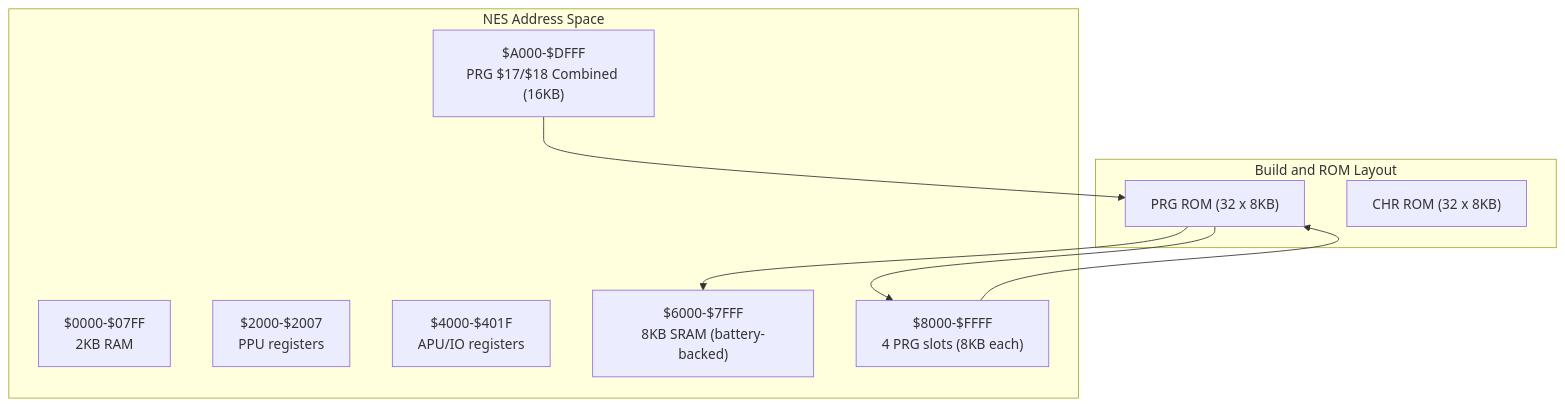
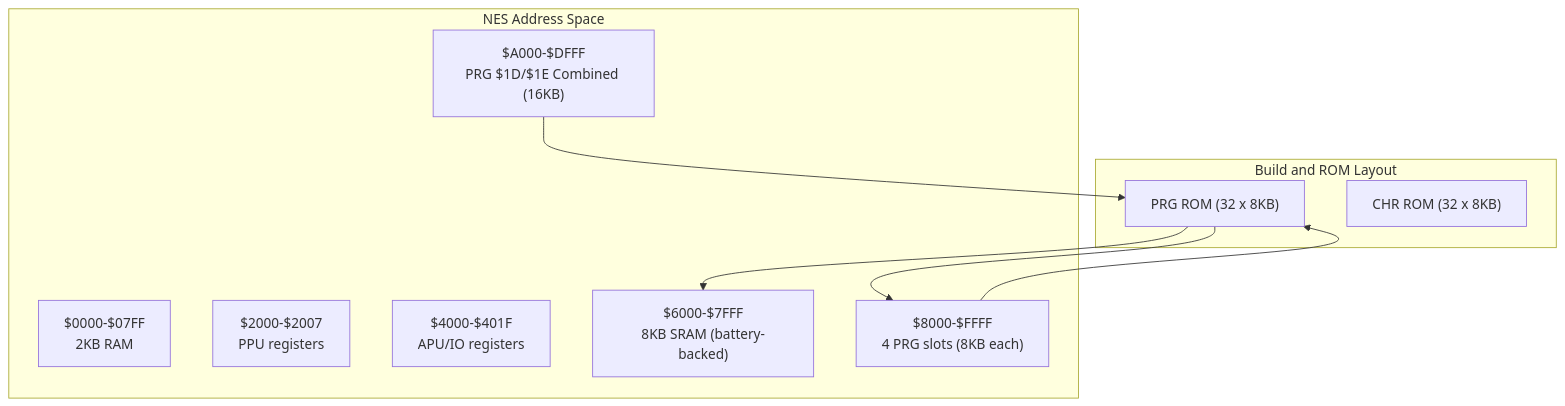
One commit to rabbyzero/sango2dasm changed the first of 7 diagrams in .qoder/repowiki/en/content/Data Access and Memory Management/Memory Organization and Addressing.md. Above: the diagram before and after it, drawn with Mermaid. The commit also changed other lines of this file and 15 other files, not shown here.

````diff
--- a/.qoder/repowiki/en/content/Data Access and Memory Management/Memory Organization and Addressing.md
+++ b/.qoder/repowiki/en/content/Data Access and Memory Management/Memory Organization and Addressing.md
@@ -55,19 +58,19 @@
 ```mermaid
 graph TB
 subgraph "Build and ROM Layout"
 PRG["PRG ROM (32 x 8KB)"]
 CHR["CHR ROM (32 x 8KB)"]
 end
 subgraph "NES Address Space"
 RAM["$0000-$07FF<br/>2KB RAM"]
 PPU_REGS["$2000-$2007<br/>PPU registers"]
 IO["$4000-$401F<br/>APU/IO registers"]
 SRAM["$6000-$7FFF<br/>8KB SRAM (battery-backed)"]
 PRG_SLOTS["$8000-$FFFF<br/>4 PRG slots (8KB each)"]
-BANK17_18["$A000-$DFFF<br/>PRG $17/$18 Combined (16KB)"]
+BANK1D_1E["$A000-$DFFF<br/>PRG $1D/$1E Combined (16KB)"]
 end
 PRG --> PRG_SLOTS
 PRG --> SRAM
 PRG_SLOTS --> PRG
-BANK17_18 --> PRG
+BANK1D_1E --> PRG
 ```
````
